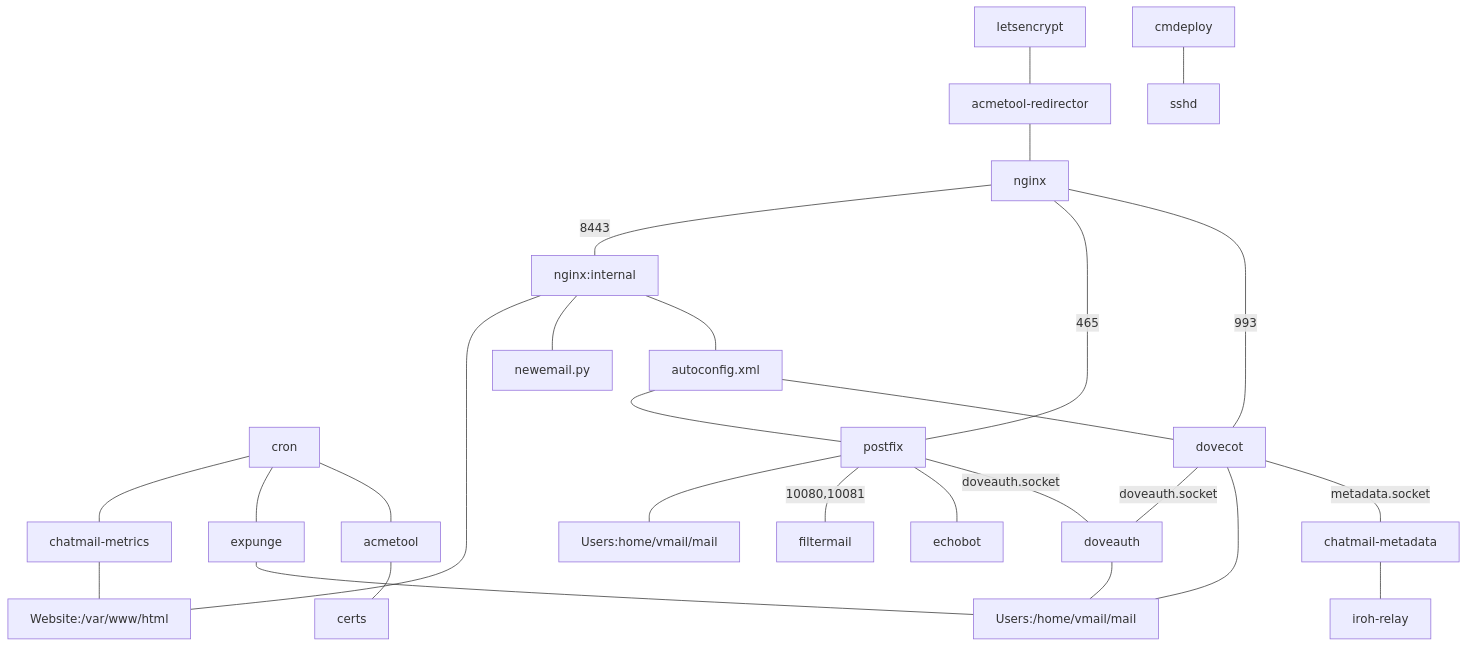
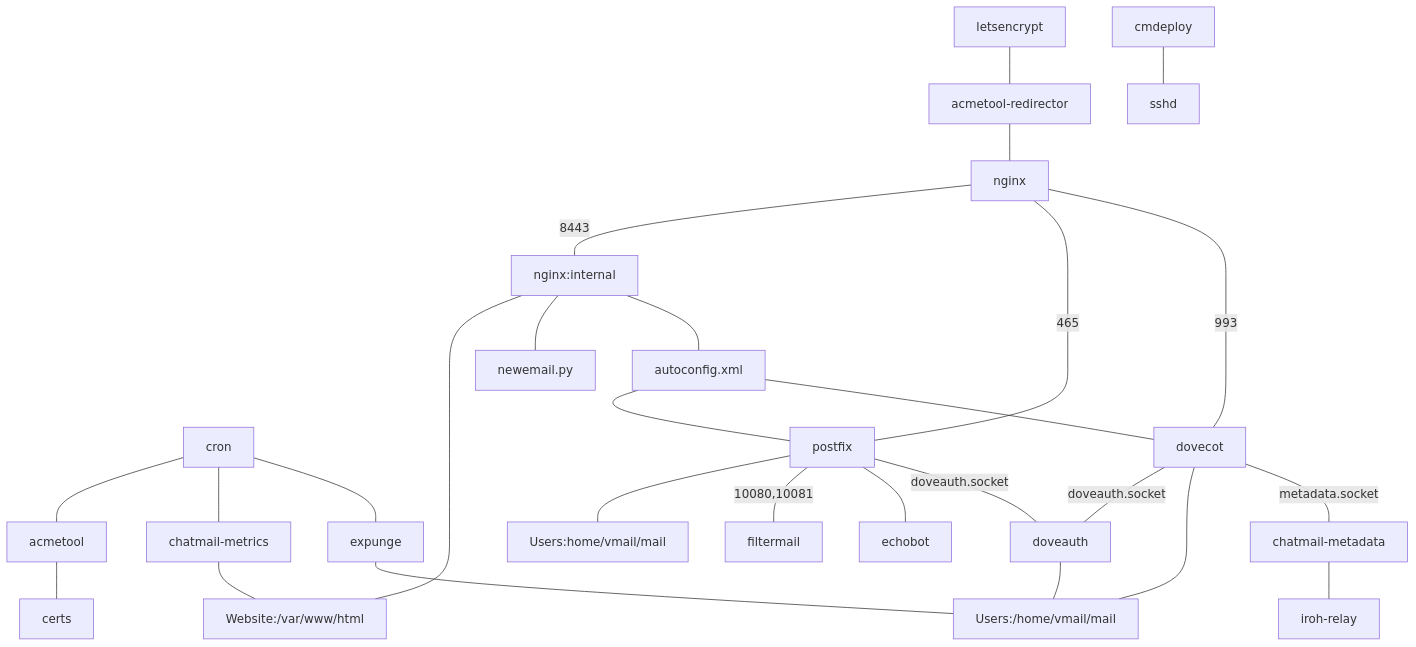
One commit to cliffmccarthy/chatmail-relay changed the diagram in ARCHITECTURE.md. Above: the diagram before and after it, drawn with Mermaid. The commit also changed other lines of this file, not shown here.

````diff
--- a/ARCHITECTURE.md
+++ b/ARCHITECTURE.md
@@ -4,29 +4,29 @@
 ```mermaid
 graph TD;
     letsencrypt --- acmetool-redirector;
     acmetool-redirector --- nginx;
     nginx --- |8443|nginx:internal;
     nginx:internal --- Website:/var/www/html;
     nginx:internal --- newemail.py;
     nginx:internal --- autoconfig.xml;
+    cron --- acmetool;
     cron --- chatmail-metrics;
     cron --- expunge;
-    cron --- acmetool;
     chatmail-metrics --- Website:/var/www/html;
     acmetool --- certs;
     nginx --- |465|postfix;
     nginx --- |993|dovecot;
     autoconfig.xml --- postfix;
     autoconfig.xml --- dovecot;
     postfix --- Users:home/vmail/mail;
     postfix --- |10080,10081|filtermail;
     postfix --- echobot;
     postfix --- |doveauth.socket|doveauth;
     dovecot --- |doveauth.socket|doveauth;
     dovecot --- Users:/home/vmail/mail;
     dovecot --- |metadata.socket|chatmail-metadata;
     doveauth --- Users:/home/vmail/mail;
     expunge --- Users:/home/vmail/mail;
     chatmail-metadata --- iroh-relay;
     cmdeploy --- sshd;
 ```
````
